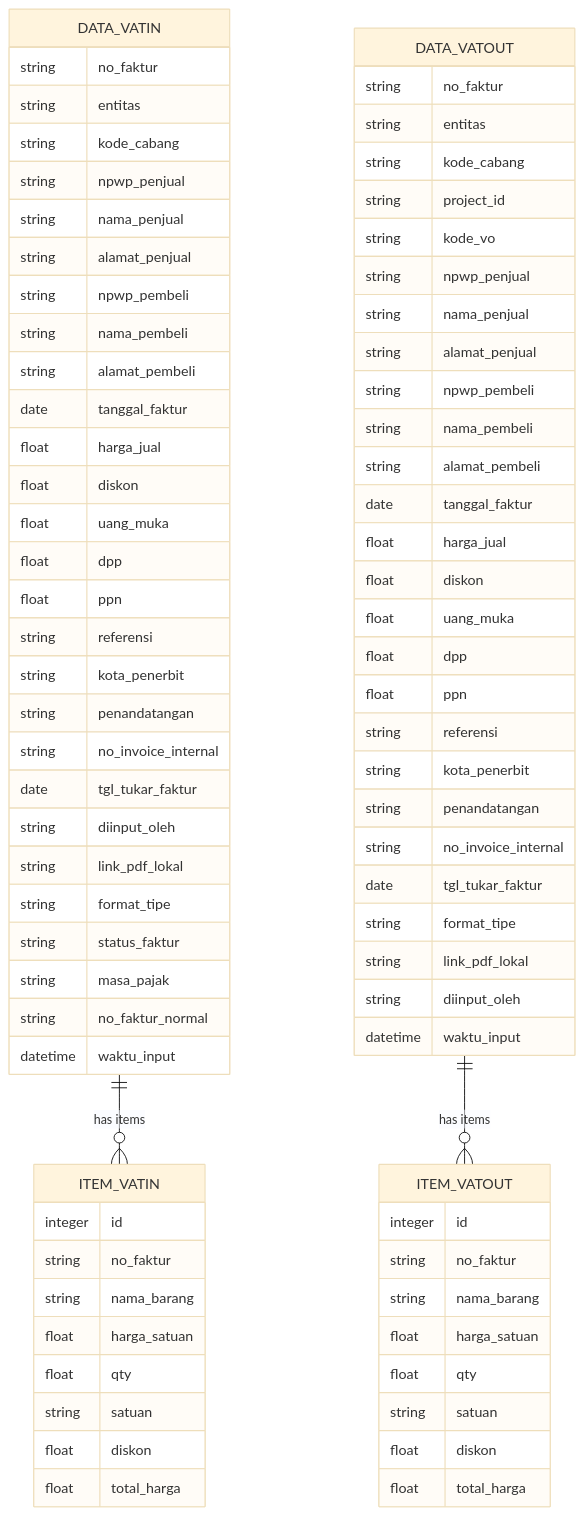
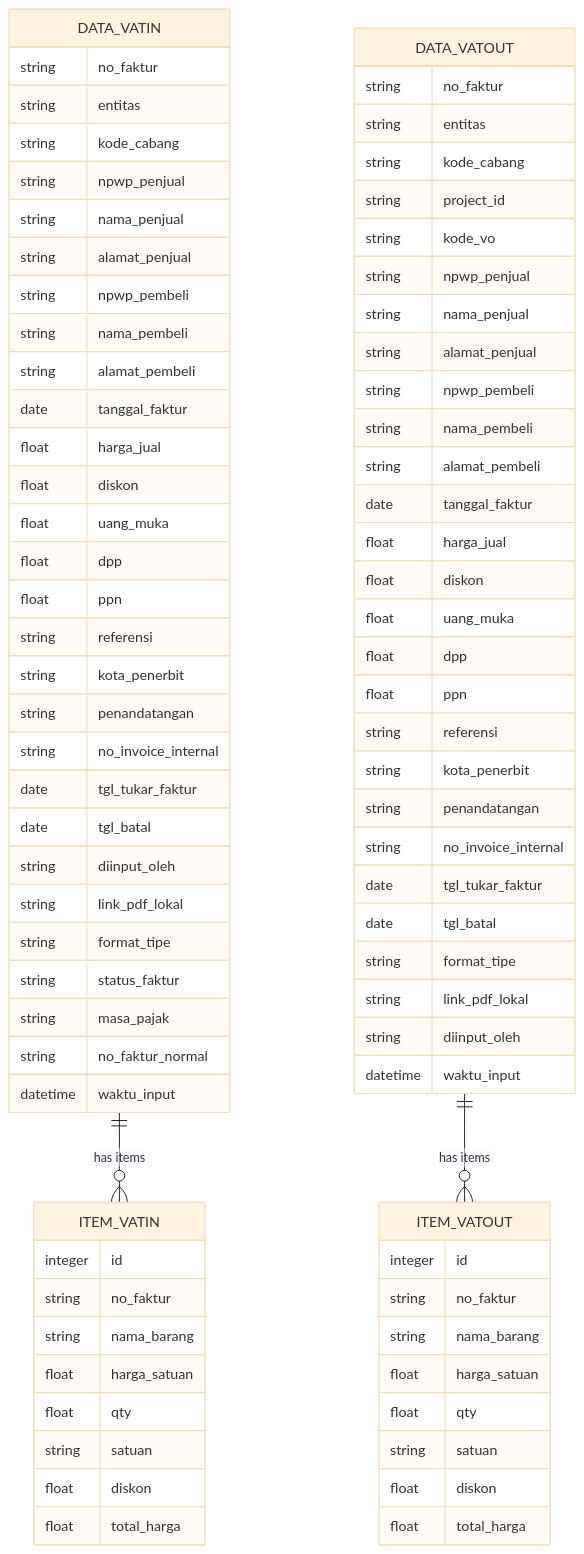
One commit to rendisiagian/TDS_by_RENDISIAGIAN changed the third of 7 diagrams in .qoder/repowiki/en/content/Database Schema & Management.md. Above: the diagram before and after it, drawn with Mermaid (base theme). The commit also changed other lines of this file and 38 other files, not shown here.

```diff
--- a/.qoder/repowiki/en/content/Database Schema & Management.md
+++ b/.qoder/repowiki/en/content/Database Schema & Management.md
@@ -169,6 +175,7 @@
 string penandatangan
 string no_invoice_internal
 date tgl_tukar_faktur
+date tgl_batal
 string diinput_oleh
 string link_pdf_lokal
 string format_tipe
@@ -210,6 +217,7 @@
 string penandatangan
 string no_invoice_internal
 date tgl_tukar_faktur
+date tgl_batal
 string format_tipe
 string link_pdf_lokal
 string diinput_oleh
```
